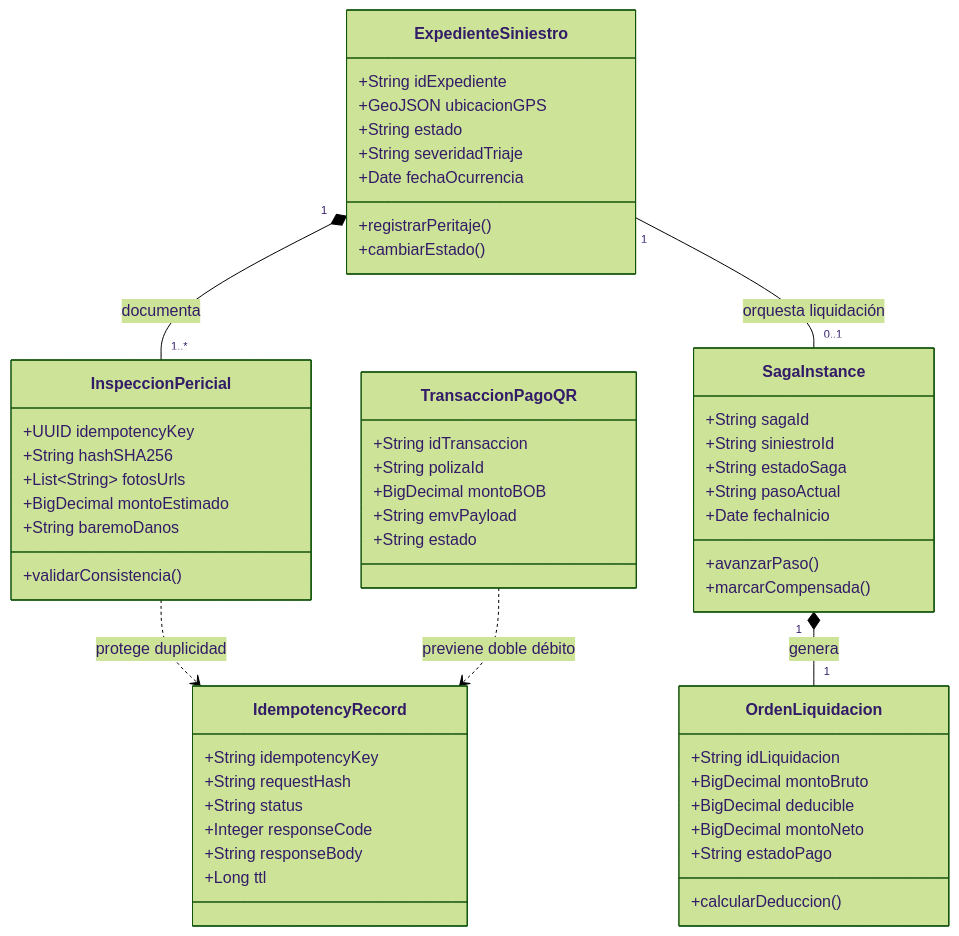
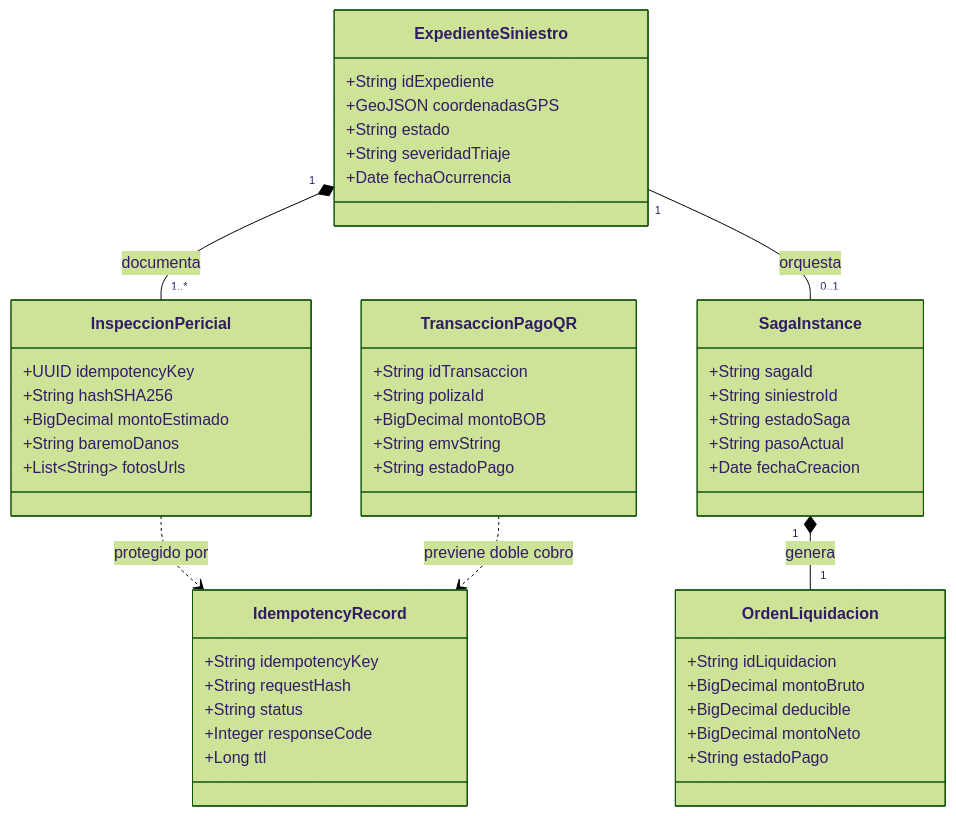
Before and after one commit to DiegoxdGarcia2/2doParcialSW2: the third of 15 diagrams in docs/opcion_B_documentacion.md, drawn with Mermaid (forest theme). The commit also changed other lines of this file and 10 other files, not shown here.

Commit message:
docs: actualizar documentacion formal segun guias GuiaDocIconix y agregar panel de navegacion con 14 diagramas en archivo .qea

````diff
--- a/docs/opcion_B_documentacion.md
+++ b/docs/opcion_B_documentacion.md
@@ -315,63 +472,56 @@
 ```mermaid
 classDiagram
     class ExpedienteSiniestro {
         +String idExpediente
-        +GeoJSON ubicacionGPS
+        +GeoJSON coordenadasGPS
         +String estado
         +String severidadTriaje
         +Date fechaOcurrencia
-        +registrarPeritaje()
-        +cambiarEstado()
     }
 
     class InspeccionPericial {
         +UUID idempotencyKey
         +String hashSHA256
-        +List~String~ fotosUrls
         +BigDecimal montoEstimado
         +String baremoDanos
-        +validarConsistencia()
+        +List~String~ fotosUrls
     }
 
     class IdempotencyRecord {
         +String idempotencyKey
         +String requestHash
         +String status
         +Integer responseCode
-        +String responseBody
         +Long ttl
     }
 
     class SagaInstance {
         +String sagaId
         +String siniestroId
         +String estadoSaga
         +String pasoActual
-        +Date fechaInicio
-        +avanzarPaso()
-        +marcarCompensada()
+        +Date fechaCreacion
     }
 
     class OrdenLiquidacion {
         +String idLiquidacion
         +BigDecimal montoBruto
         +BigDecimal deducible
         +BigDecimal montoNeto
         +String estadoPago
-        +calcularDeduccion()
     }
 
     class TransaccionPagoQR {
         +String idTransaccion
         +String polizaId
         +BigDecimal montoBOB
-        +String emvPayload
-        +String estado
+        +String emvString
+        +String estadoPago
     }
 
     ExpedienteSiniestro "1" *-- "1..*" InspeccionPericial : documenta
-    InspeccionPericial ..> IdempotencyRecord : protege duplicidad
-    ExpedienteSiniestro "1" -- "0..1" SagaInstance : orquesta liquidación
+    InspeccionPericial ..> IdempotencyRecord : protegido por
+    ExpedienteSiniestro "1" -- "0..1" SagaInstance : orquesta
     SagaInstance "1" *-- "1" OrdenLiquidacion : genera
-    TransaccionPagoQR ..> IdempotencyRecord : previene doble débito
+    TransaccionPagoQR ..> IdempotencyRecord : previene doble cobro
 ```
````
